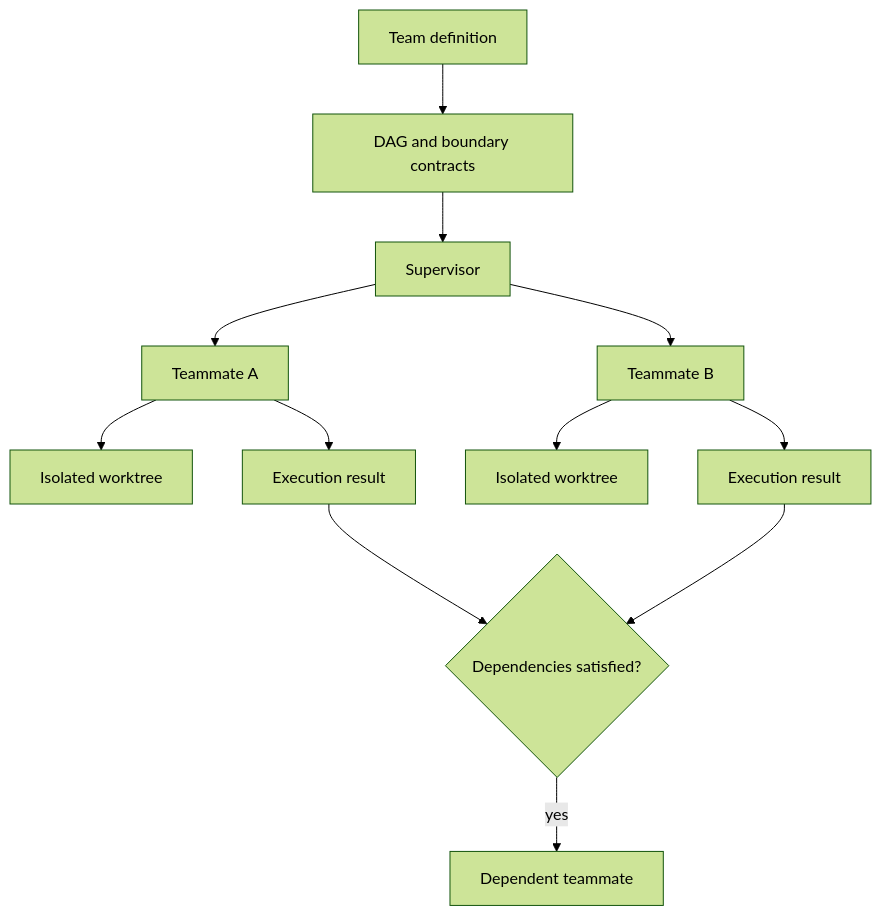
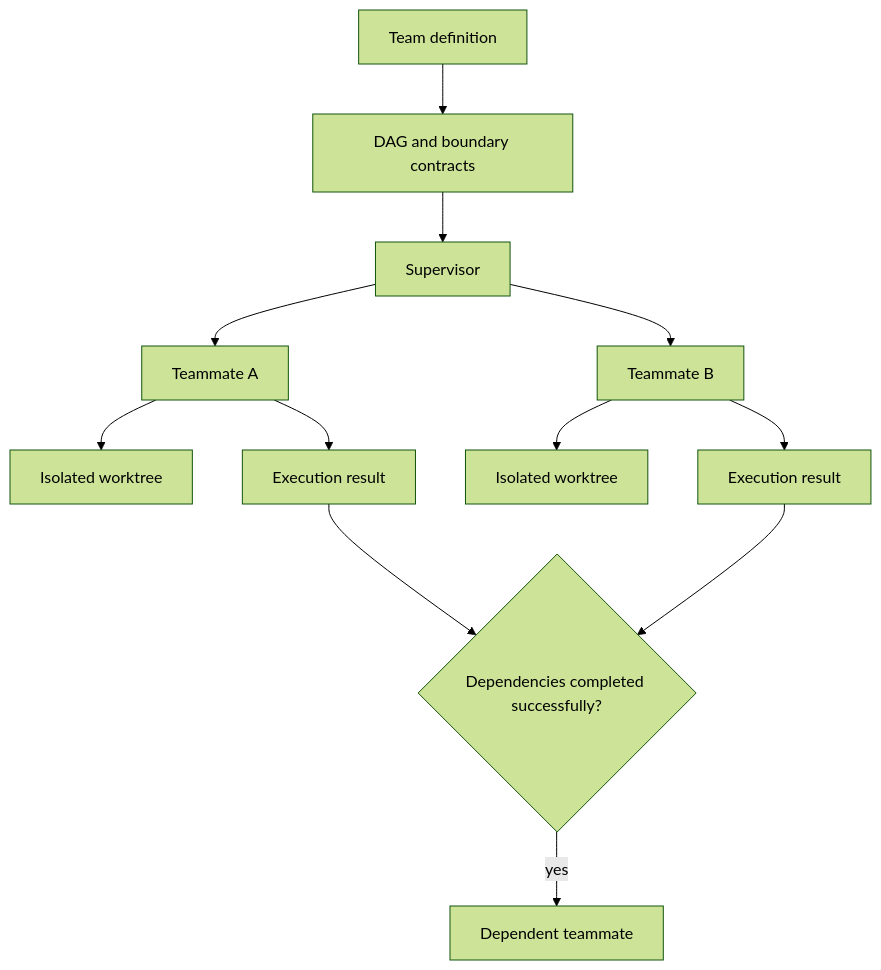
One commit to muqsitnawaz/agi-cli changed the first of 2 diagrams in cli/docs/orchestration.md. Above: the diagram before and after it, drawn with Mermaid (forest theme). The commit also changed other lines of this file, not shown here.

````diff
--- a/cli/docs/orchestration.md
+++ b/cli/docs/orchestration.md
@@ -8,14 +8,14 @@
 ```mermaid
 flowchart TB
   T[Team definition] --> G[DAG and boundary contracts]
   G --> S[Supervisor]
   S --> A[Teammate A]
   S --> B[Teammate B]
   A --> WA[Isolated worktree]
   B --> WB[Isolated worktree]
   A --> RA[Execution result]
   B --> RB[Execution result]
-  RA --> C{Dependencies satisfied?}
+  RA --> C{Dependencies completed successfully?}
   RB --> C
   C -->|yes| D[Dependent teammate]
 ```
````
